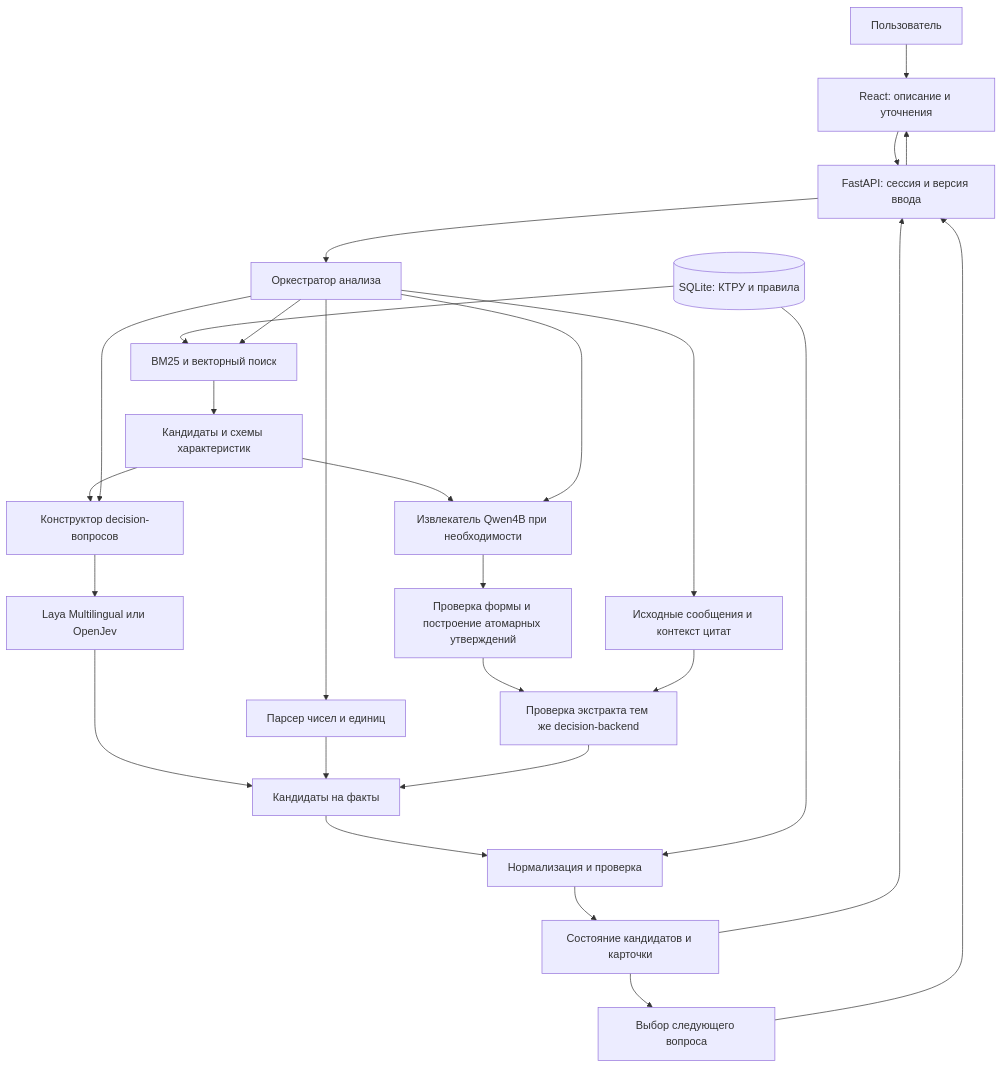
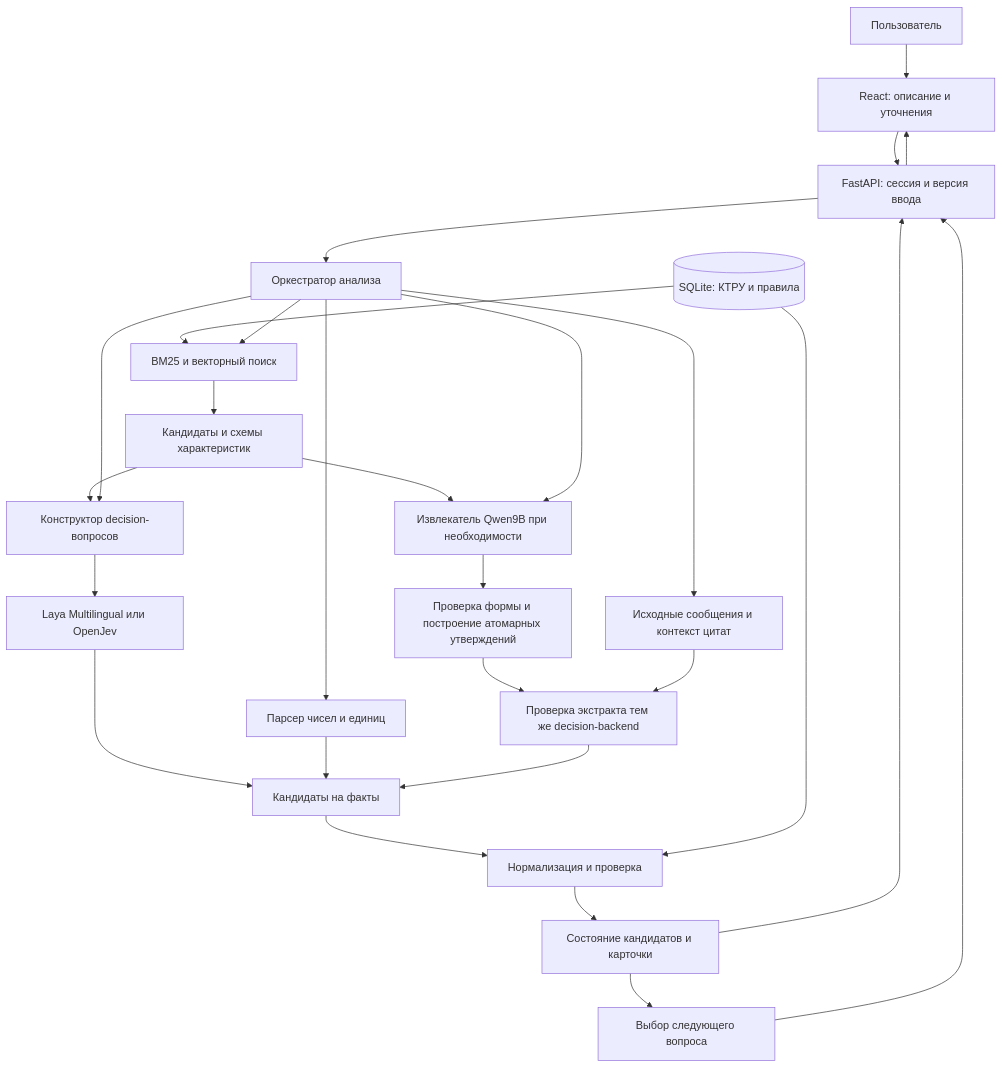
Before and after one commit to GoatWhistle/tender: the diagram in docs/Предлагаемое решение.md, drawn with Mermaid. The commit also changed other lines of this file and 33 other files, not shown here.

````diff
--- a/docs/Предлагаемое решение.md
+++ b/docs/Предлагаемое решение.md
@@ -171,29 +171,29 @@
 ```mermaid
 flowchart TD
     U[Пользователь] --> UI[React: описание и уточнения]
     UI --> API[FastAPI: сессия и версия ввода]
     API --> O[Оркестратор анализа]
     DB[(SQLite: КТРУ и правила)] --> R[BM25 и векторный поиск]
     O --> R
     R --> C[Кандидаты и схемы характеристик]
     C --> Q[Конструктор decision-вопросов]
     O --> Q
     Q --> D[Laya Multilingual или OpenJev]
     D --> F[Кандидаты на факты]
     O --> P[Парсер чисел и единиц]
     P --> F
-    C --> X[Извлекатель Qwen4B при необходимости]
+    C --> X[Извлекатель Qwen9B при необходимости]
     O --> X
     X --> G[Проверка формы и построение атомарных утверждений]
     O --> E[Исходные сообщения и контекст цитат]
     G --> J[Проверка экстракта тем же decision-backend]
     E --> J
     J --> F
     F --> V[Нормализация и проверка]
     DB --> V
     V --> S[Состояние кандидатов и карточки]
     S --> N[Выбор следующего вопроса]
     N --> API
     S --> API
     API --> UI
 ```
````
